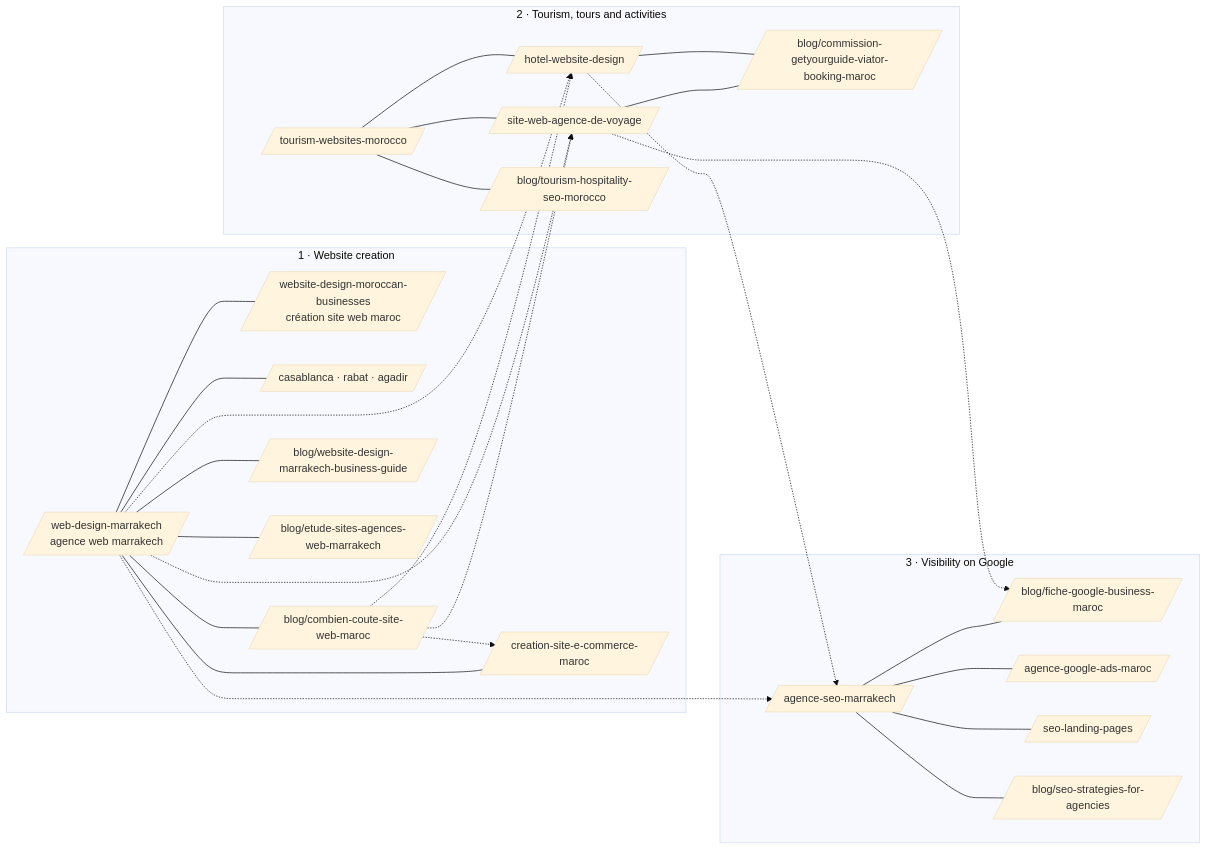
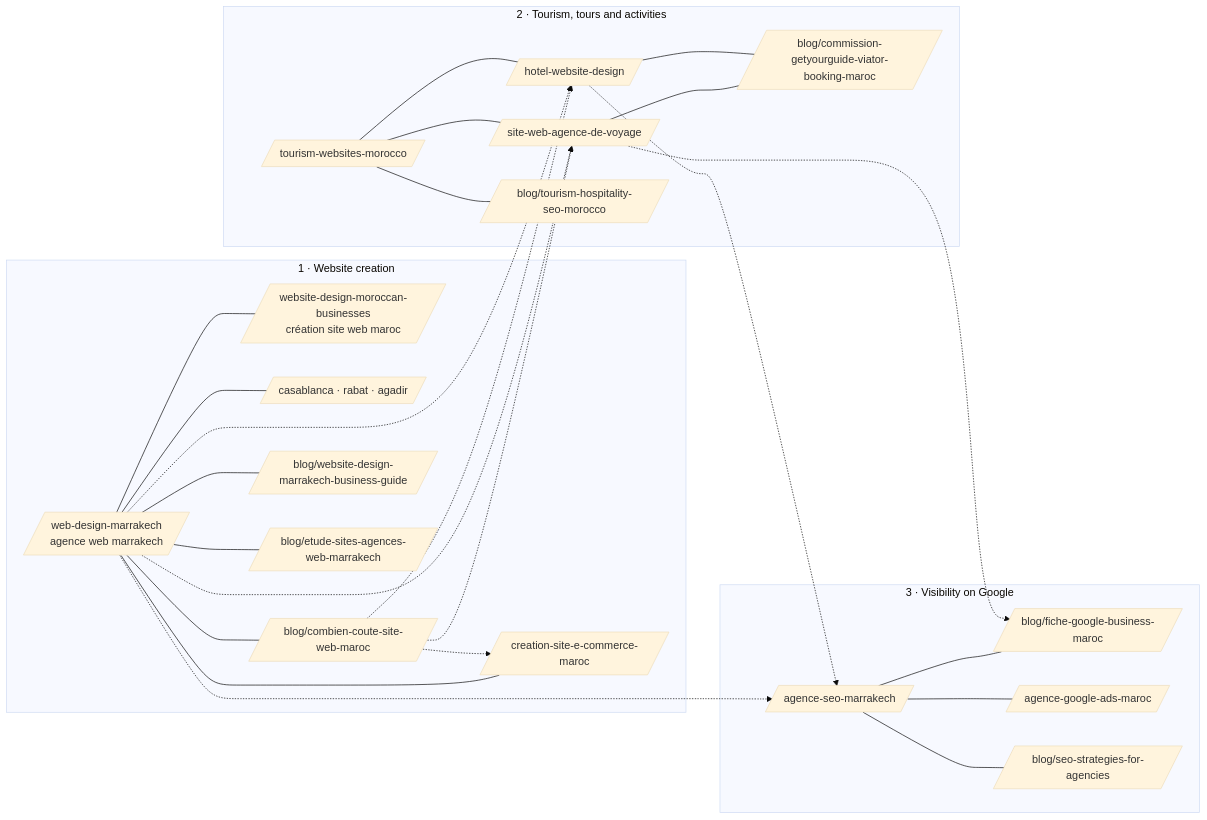
Before and after one commit to splach-coder/weReact-agency: the diagram in docs/seo/topical-map.md, drawn with Mermaid (base theme). The commit also changed other lines of this file and 16 other files, not shown here.

First line of the commit message:
seo: on-page audit fixes, merge never-indexed landing-pages page, French accents

````diff
--- a/docs/seo/topical-map.md
+++ b/docs/seo/topical-map.md
@@ -6,35 +6,34 @@
 ```mermaid
 graph LR
   subgraph P1[1 · Website creation]
     WDM[/web-design-marrakech<br/>agence web marrakech/]
     MA[/website-design-moroccan-businesses<br/>création site web maroc/]
     CITIES[/casablanca · rabat · agadir/]
     ECOM[/creation-site-e-commerce-maroc/]
     COST[/blog/combien-coute-site-web-maroc/]
     GUIDE[/blog/website-design-marrakech-business-guide/]
     STUDY[/blog/etude-sites-agences-web-marrakech/]
   end
   subgraph P2[2 · Tourism, tours and activities]
     TOUR[/tourism-websites-morocco/]
     TRAVEL[/site-web-agence-de-voyage/]
     HOTEL[/hotel-website-design/]
     COMM[/blog/commission-getyourguide-viator-booking-maroc/]
     TSEO[/blog/tourism-hospitality-seo-morocco/]
   end
   subgraph P3[3 · Visibility on Google]
     SEO[/agence-seo-marrakech/]
     GBP[/blog/fiche-google-business-maroc/]
     ADS[/agence-google-ads-maroc/]
-    LP[/seo-landing-pages/]
     SEOS[/blog/seo-strategies-for-agencies/]
   end
   WDM --- MA & CITIES & ECOM & COST & GUIDE & STUDY
   TOUR --- TRAVEL & HOTEL & TSEO
   TRAVEL --- COMM
   HOTEL --- COMM
-  SEO --- GBP & ADS & LP & SEOS
+  SEO --- GBP & ADS & SEOS
   TRAVEL -.-> GBP
   HOTEL -.-> SEO
   COST -.-> ECOM & HOTEL & TRAVEL
   WDM -.-> TRAVEL & HOTEL & SEO
 ```
````
